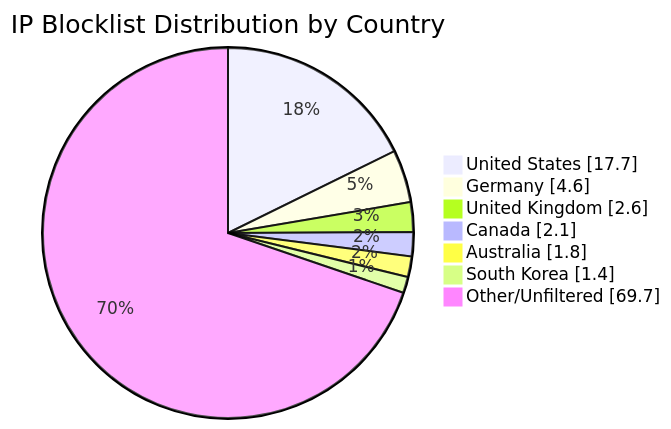
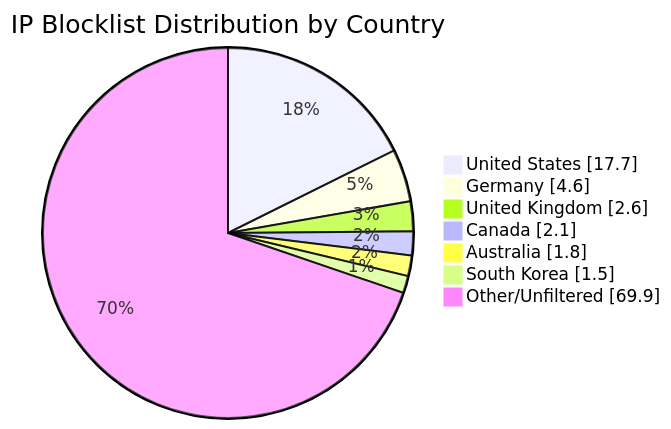
Before and after one commit to MarcusHoltz/ipblocklist-geofiltered-aggregator: the diagram in README.md, drawn with Mermaid. The commit also changed other lines of this file and 9 other files, not shown here.

````diff
--- a/README.md
+++ b/README.md
@@ -34,10 +34,10 @@
 ```mermaid
 pie showData title IP Blocklist Distribution by Country
 "United States" : 17.7
 "Germany" : 4.6
 "United Kingdom" : 2.6
 "Canada" : 2.1
 "Australia" : 1.8
-"South Korea" : 1.4
-"Other/Unfiltered" : 69.7
+"South Korea" : 1.5
+"Other/Unfiltered" : 69.9
 ```
````
